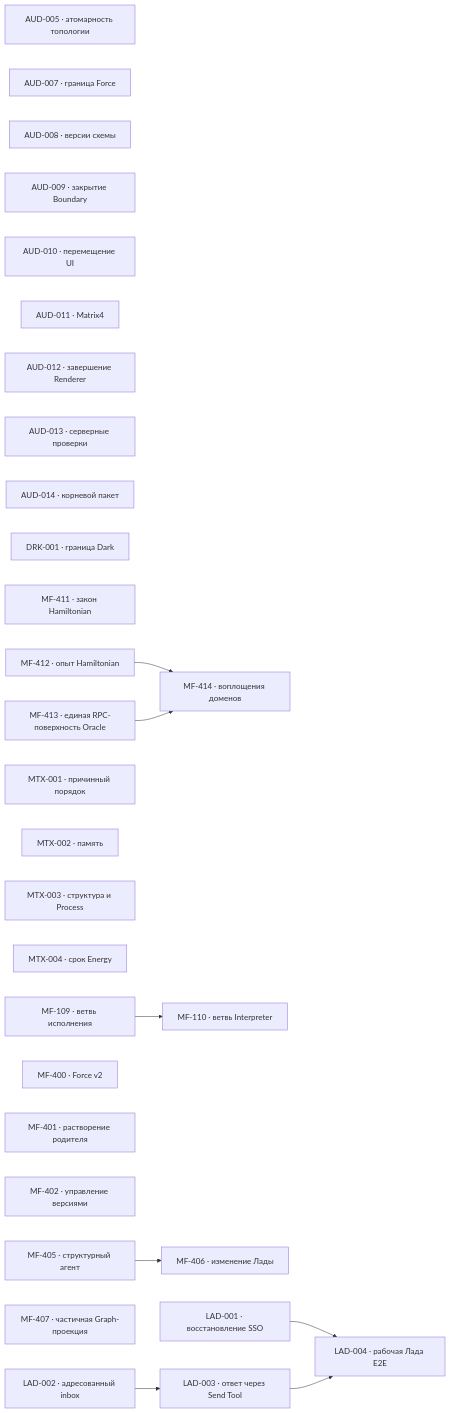
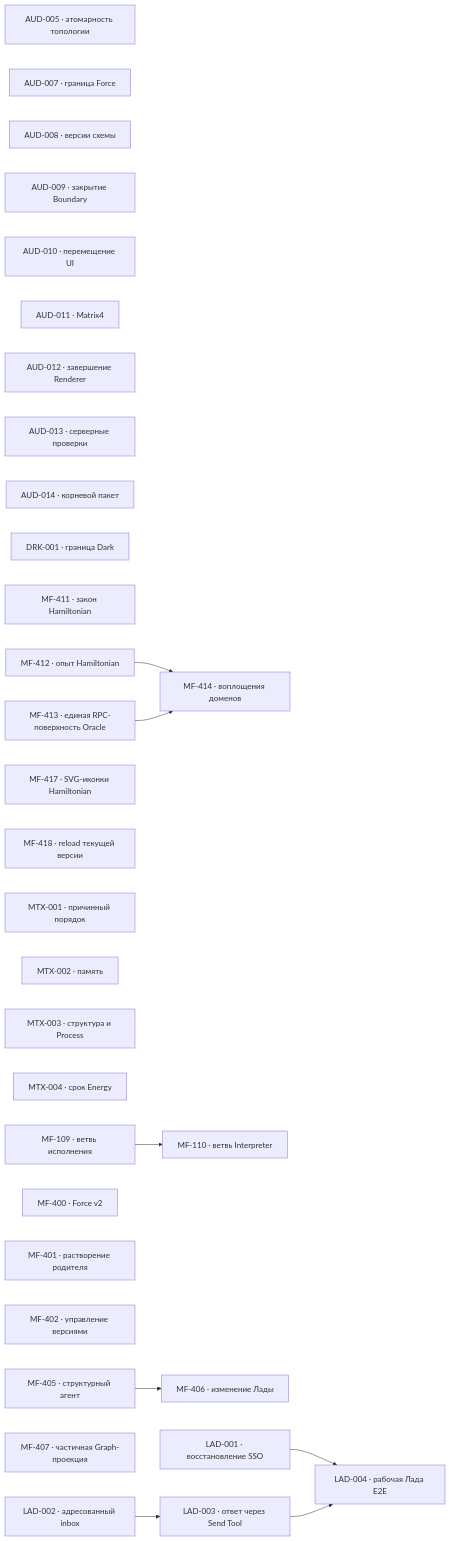
The first of 2 diagrams in project/TODO.md (zavx0z/metafor), drawn with Mermaid before and after one commit. The commit also changed other lines of this file and 7 other files, not shown here.

````diff
--- a/project/TODO.md
+++ b/project/TODO.md
@@ -13,40 +13,42 @@
 ```mermaid
 flowchart LR
     AUD005["AUD-005 · атомарность топологии"]
     AUD007["AUD-007 · граница Force"]
     AUD008["AUD-008 · версии схемы"]
     AUD009["AUD-009 · закрытие Boundary"]
     AUD010["AUD-010 · перемещение UI"]
     AUD011["AUD-011 · Matrix4"]
     AUD012["AUD-012 · завершение Renderer"]
     AUD013["AUD-013 · серверные проверки"]
     AUD014["AUD-014 · корневой пакет"]
     DRK001["DRK-001 · граница Dark"]
     MF411["MF-411 · закон Hamiltonian"]
     MF412["MF-412 · опыт Hamiltonian"]
     MF413["MF-413 · единая RPC-поверхность Oracle"]
     MF414["MF-414 · воплощения доменов"]
+    MF417["MF-417 · SVG-иконки Hamiltonian"]
+    MF418["MF-418 · reload текущей версии"]
     MTX001["MTX-001 · причинный порядок"]
     MTX002["MTX-002 · память"]
     MTX003["MTX-003 · структура и Process"]
     MTX004["MTX-004 · срок Energy"]
     MF109["MF-109 · ветвь исполнения"]
     MF110["MF-110 · ветвь Interpreter"]
     MF400["MF-400 · Force v2"]
     MF401["MF-401 · растворение родителя"]
     MF402["MF-402 · управление версиями"]
     MF405["MF-405 · структурный агент"]
     MF406["MF-406 · изменение Лады"]
     MF407["MF-407 · частичная Graph-проекция"]
     LAD001["LAD-001 · восстановление SSO"]
     LAD002["LAD-002 · адресованный inbox"]
     LAD003["LAD-003 · ответ через Send Tool"]
     LAD004["LAD-004 · рабочая Лада E2E"]
     MF109 --> MF110
     MF405 --> MF406
     MF412 --> MF414
     MF413 --> MF414
     LAD002 --> LAD003
     LAD001 --> LAD004
     LAD003 --> LAD004
 ```
````
